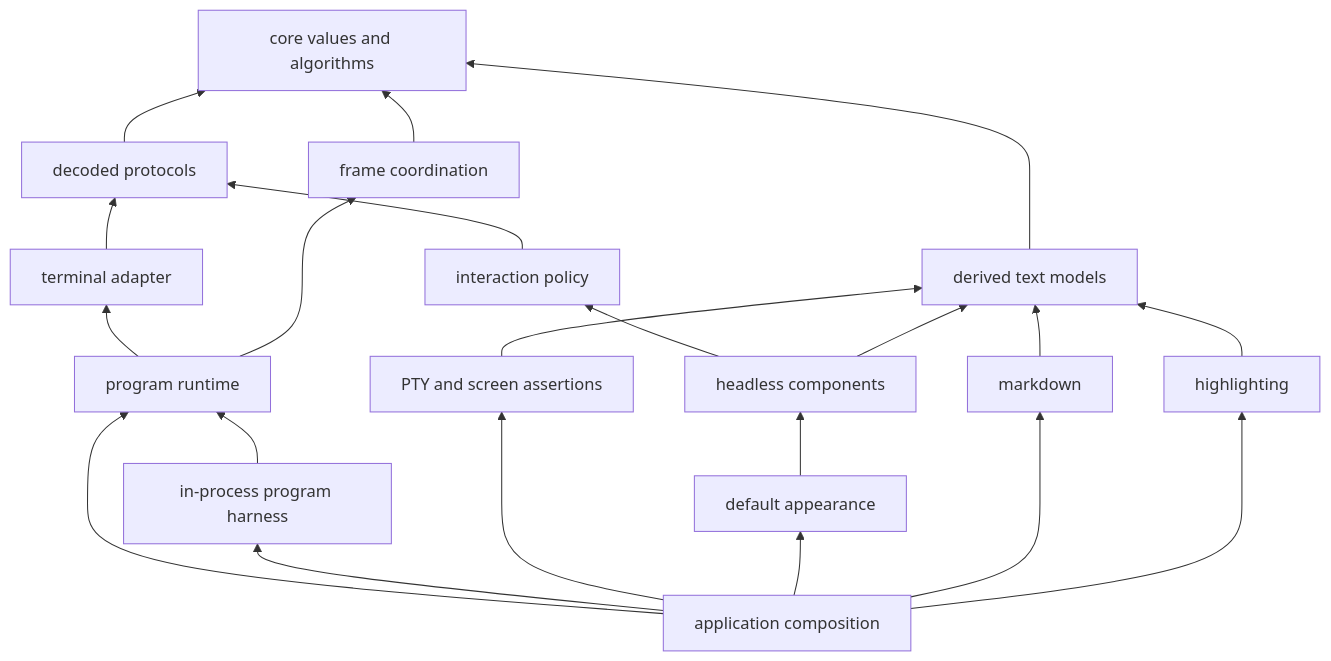
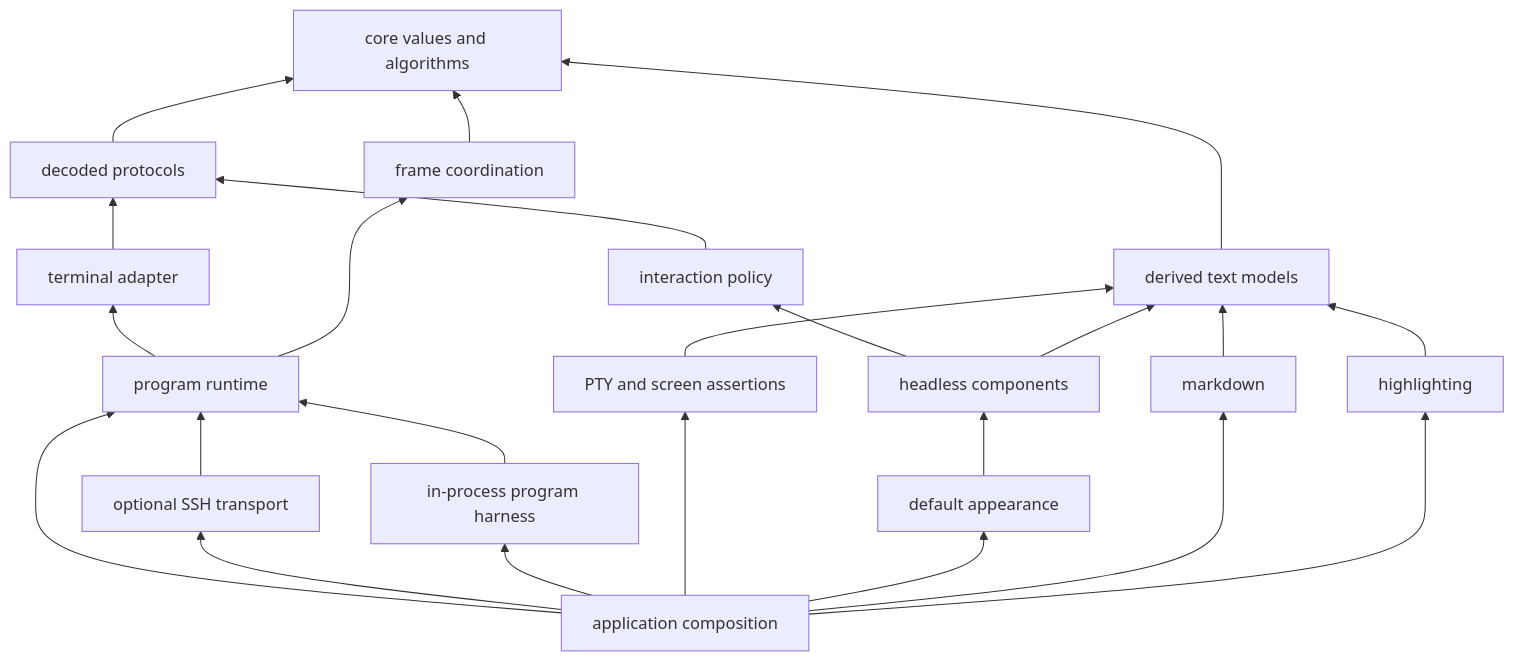
The third of 3 diagrams in docs/architecture.md (Tangerg/oolong), drawn with Mermaid before and after one commit. The commit also changed other lines of this file and 24 other files, not shown here.

````diff
--- a/docs/architecture.md
+++ b/docs/architecture.md
@@ -450,24 +450,26 @@
 ```mermaid
 flowchart BT
     Foundation["core values and algorithms"]
     Protocol["decoded protocols"] --> Foundation
     Model["derived text models"] --> Foundation
     Interaction["interaction policy"] --> Protocol
     Coordination["frame coordination"] --> Foundation
     Term["terminal adapter"] --> Protocol
     Program["program runtime"] --> Term
     Program --> Coordination
+    SSH["optional SSH transport"] --> Program
     ProgramTest["in-process program harness"] --> Program
     Harness["PTY and screen assertions"] --> Model
     Headless["headless components"] --> Interaction
     Headless --> Model
     Kit["default appearance"] --> Headless
     Markdown["markdown"] --> Model
     Highlight["highlighting"] --> Model
     App["application composition"] --> Program
+    App --> SSH
     App --> ProgramTest
     App --> Harness
     App --> Kit
     App --> Markdown
     App --> Highlight
 ```
````
